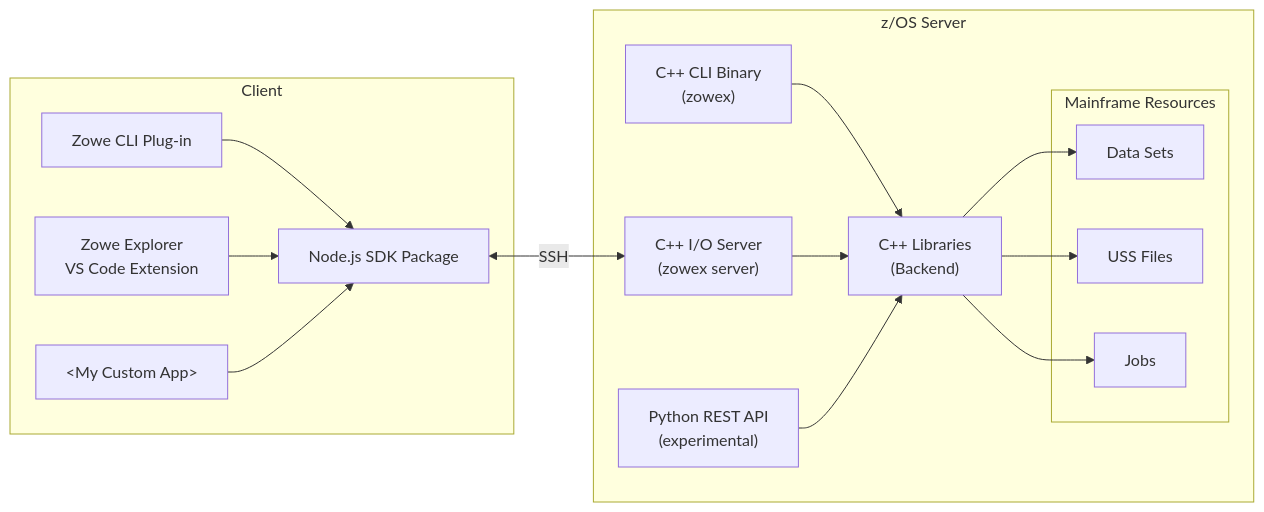
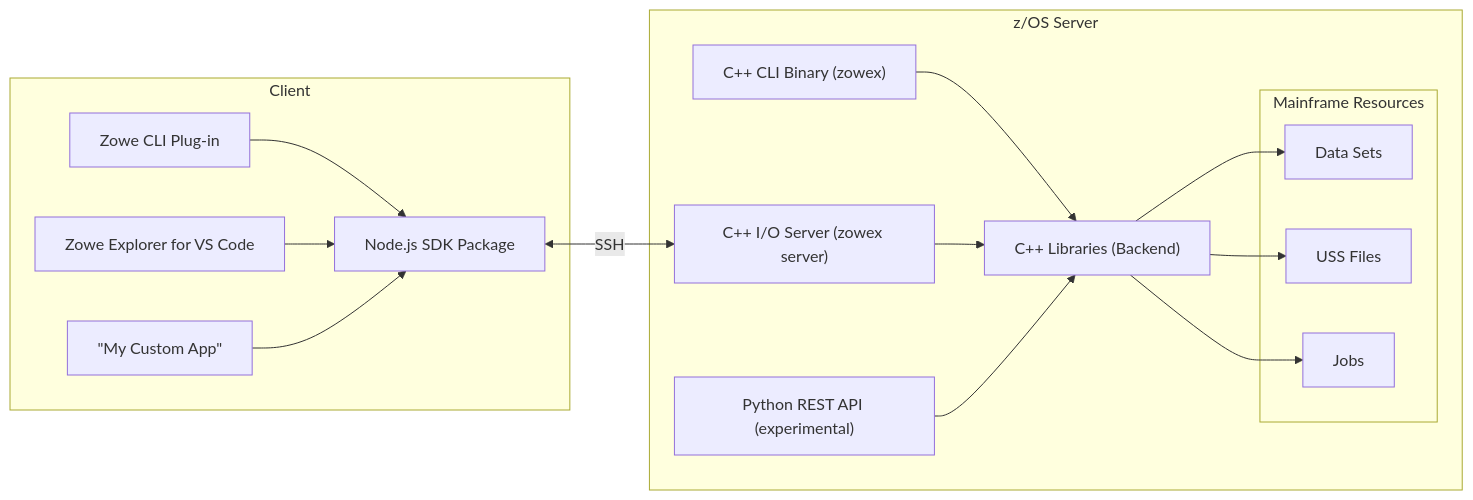
The diagram in README.md (zowe/zowex), drawn with Mermaid before and after one commit.

Commit message:
Clean up architecture diagram in README

````diff
--- a/README.md
+++ b/README.md
@@ -119,27 +119,27 @@
 ```mermaid
 graph LR
   subgraph Client
   sdk[Node.js SDK Package]
   cli[Zowe CLI Plug-in]-->sdk
-  vsce[Zowe Explorer<br>VS Code Extension]-->sdk
-  other[&lt;My Custom App&gt;]-->sdk
+  vsce[Zowe Explorer for VS Code]-->sdk
+  other[&quot;My Custom App&quot;]-->sdk
   end
   subgraph z/OS Server
-  zowex["C++ CLI Binary<br>(zowex)"]-->cpp
-  ioserver["C++ I/O Server<br>(zowex server)"]-->cpp["C++ Libraries<br>(Backend)"]
-  python["Python REST API<br>(experimental)"]-->cpp
+  zowex["C++ CLI Binary (zowex)"]-->cpp
+  ioserver["C++ I/O Server (zowex server)"]-->cpp["C++ Libraries (Backend)"]
+  python["Python REST API (experimental)"]-->cpp
   sdk<-->|SSH|ioserver
   subgraph Mainframe Resources
   ds[Data Sets]
   uss[USS Files]
   jobs[Jobs]
   end
   cpp-->ds
   cpp-->uss
   cpp-->jobs
   end
   click sdk "https://github.com/zowe/zowex/blob/main/doc/client/architecture.md#sdk-package"
   click cli "https://github.com/zowe/zowex/blob/main/doc/client/architecture.md#cli-plug-in"
   click ioserver "https://github.com/zowe/zowex/blob/main/doc/backend/server/architecture.md"
   click zowex "https://github.com/zowe/zowex/blob/main/doc/backend/zowex_architecture.md"
 ```
````
